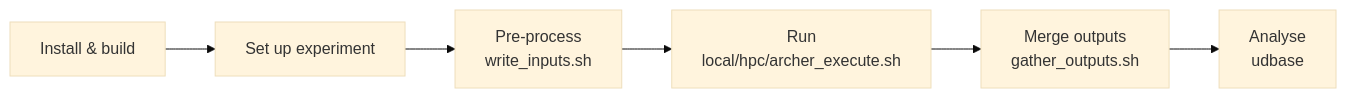
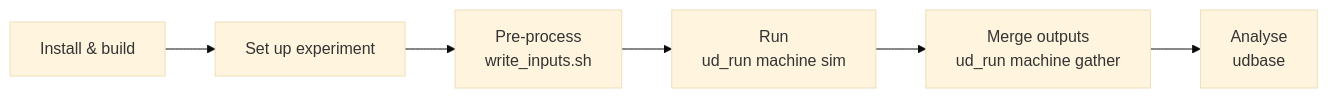
One commit to uDALES/u-dales changed the diagram in docs/udales-workflow.md. Above: the diagram before and after it, drawn with Mermaid (base theme). The commit also changed other lines of this file and 13 other files, not shown here.

````diff
--- a/docs/udales-workflow.md
+++ b/docs/udales-workflow.md
@@ -5,8 +5,8 @@
 ```mermaid
 flowchart LR
   A["Install & build"] --> B["Set up experiment"]
   B --> C["Pre-process<br/>write_inputs.sh"]
-  C --> D["Run<br/>local/hpc/archer_execute.sh"]
-  D --> E["Merge outputs<br/>gather_outputs.sh"]
+  C --> D["Run<br/>ud_run machine sim"]
+  D --> E["Merge outputs<br/>ud_run machine gather"]
   E --> F["Analyse<br/>udbase"]
 ```
````
